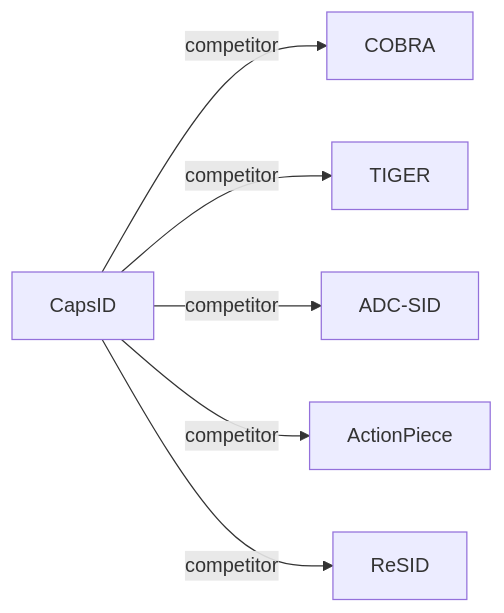
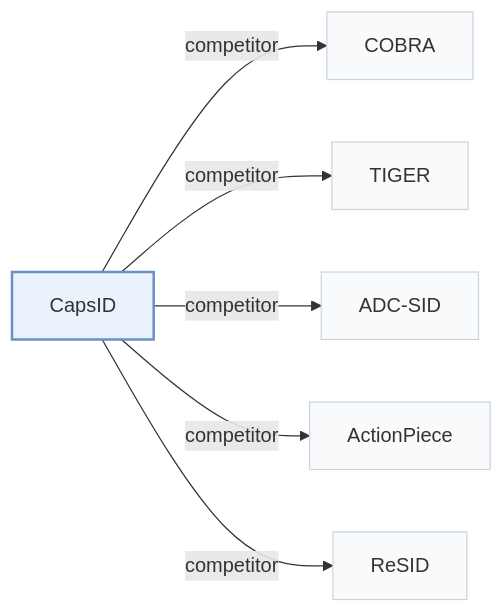
Before and after one commit to Galaxy-ghost/Awesome-SID-Generative-Rec: the second of 2 diagrams in pages/papers/capsid.md, drawn with Mermaid. The commit also changed other lines of this file and 649 other files, not shown here.

Commit message:
writer-05: also tags and modality index (schema, check, build, visuals); summary field removed; calibration data for 12 papers

````diff
--- a/pages/papers/capsid.md
+++ b/pages/papers/capsid.md
@@ -69,9 +74,13 @@
 ```mermaid
 flowchart LR
     P["CapsID"]
-    P -->|competitor| A["COBRA"]
-    P -->|competitor| B["TIGER"]
-    P -->|competitor| C["ADC-SID"]
-    P -->|competitor| D["ActionPiece"]
-    P -->|competitor| E["ReSID"]
+    P -->|"competitor"| A["COBRA"]
+    P -->|"competitor"| B["TIGER"]
+    P -->|"competitor"| C["ADC-SID"]
+    P -->|"competitor"| D["ActionPiece"]
+    P -->|"competitor"| E["ReSID"]
+    classDef main fill:#eaf2fb,stroke:#6b8fc7,stroke-width:2px
+    classDef peer fill:#f8fafc,stroke:#cbd5e1
+    class P main
+    class A,B,C,D,E peer
 ```
````
